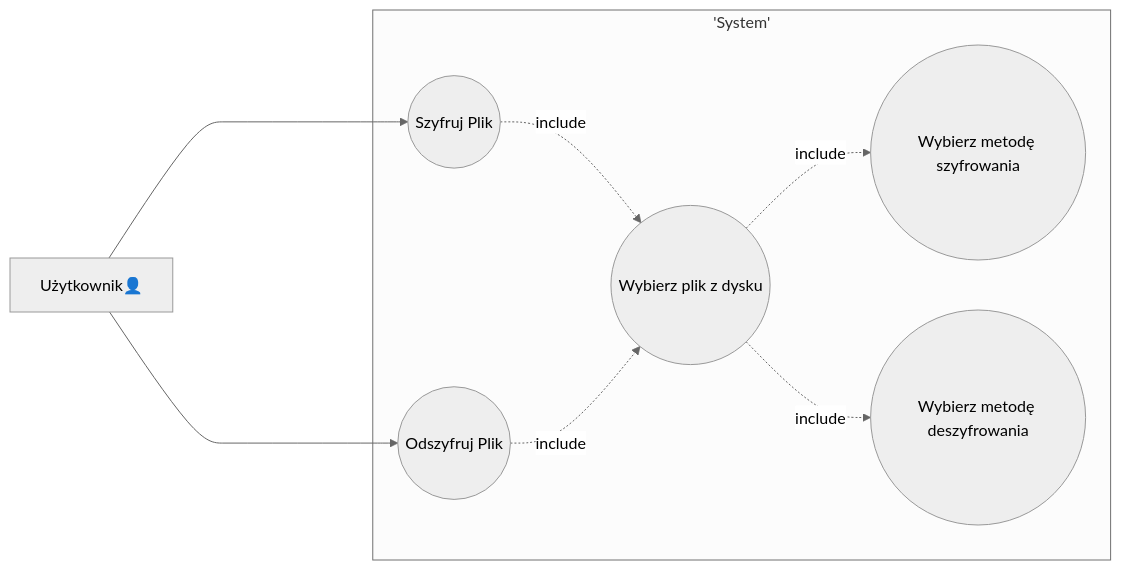
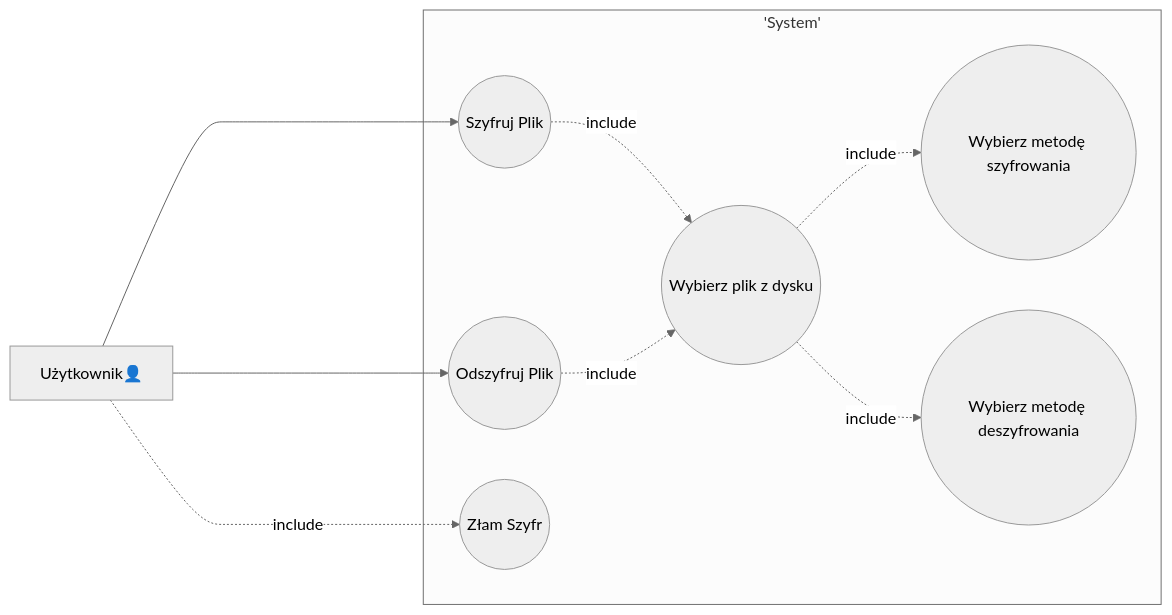
One commit to programowanie-obiektowe-projekt/cracking-enigma changed the diagram in README.md. Above: the diagram before and after it, drawn with Mermaid (neutral theme). The commit also changed other lines of this file, not shown here.

````diff
--- a/README.md
+++ b/README.md
@@ -43,19 +44,22 @@
 ```mermaid
 flowchart LR
     subgraph 'System'
     uc1((Szyfruj Plik))
     uc2((Odszyfruj Plik))
+    uc6((Złam Szyfr))
     uc3((Wybierz plik z dysku))
     uc4((Wybierz metodę szyfrowania))
 	uc5((Wybierz metodę deszyfrowania))
 
     end
     customer[Użytkownik👤]
 
     customer----->uc1
     customer-->uc2
+    customer -. include .-> uc6
     uc1 -. include .-> uc3
     uc3 -. include .-> uc4
     uc2 -. include .-> uc3
     uc3 -. include .-> uc5
+    
 ```
````
